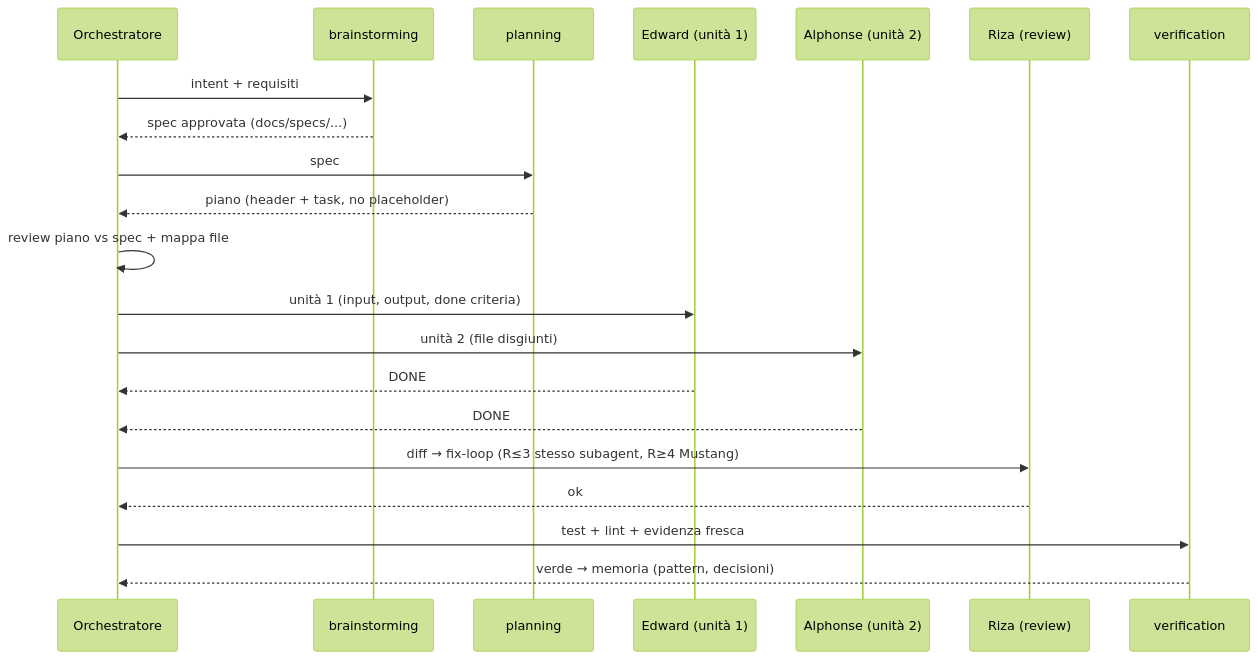
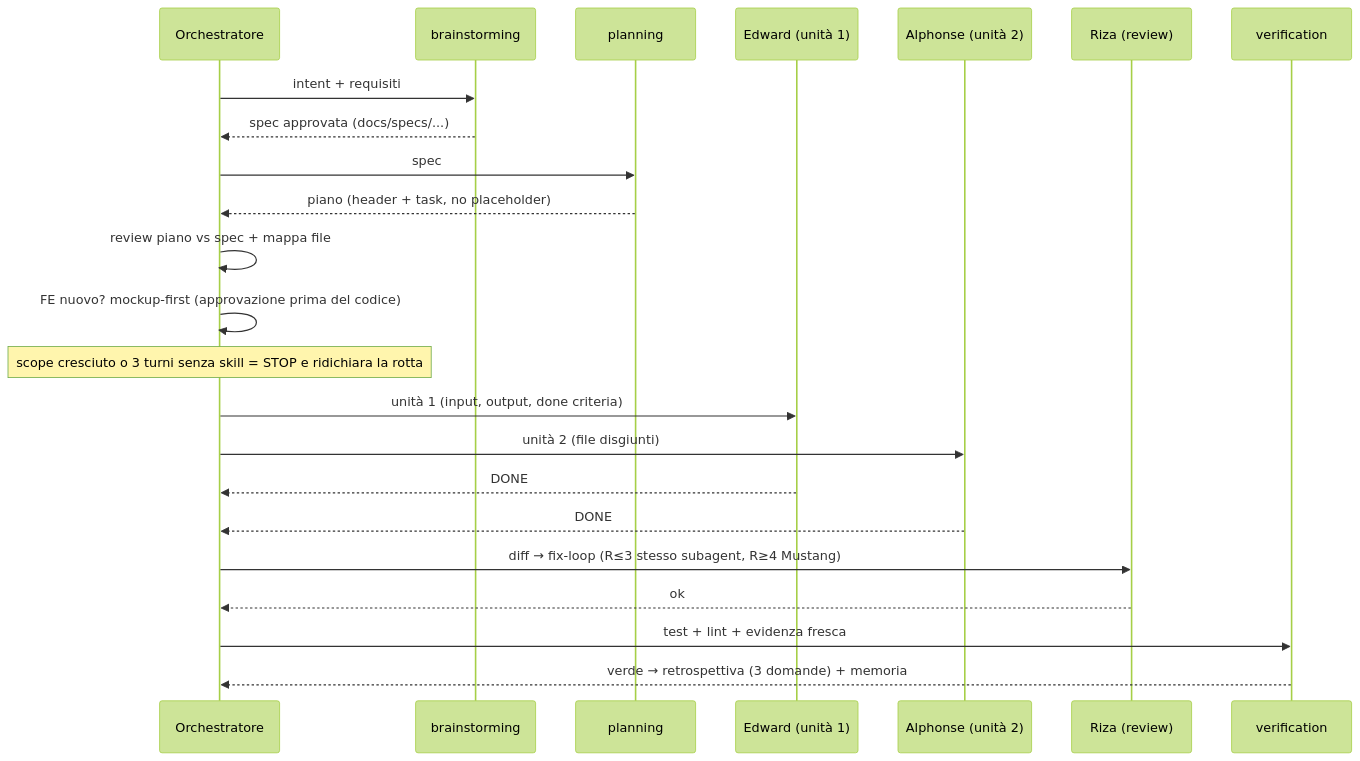
The second of 7 diagrams in README.md (Kyriga-CGX/mind-system), drawn with Mermaid (forest theme) before and after one commit. The commit also changed 1 other file, not shown here.

Commit message:
docs(schema): pipeline visibile con mockup-first, re-routing e retrospettiva
Diagramma mind-pipeline: mockup solo se FE nuovo, edge di re-routing su scope cresciuto, stage finale retrospettiva+memoria. Tabella pipeline: 16 di dominio (aggiunta mind-reverse-pipeline), 18 totali. README: sequence feature con mockup-first, nota re-routing, chiusura su retrospettiva.

````diff
--- a/README.md
+++ b/README.md
@@ -150,23 +150,25 @@
 ```mermaid
 sequenceDiagram
     participant O as Orchestratore
     participant B as brainstorming
     participant P as planning
     participant E as Edward (unità 1)
     participant A as Alphonse (unità 2)
     participant R as Riza (review)
     participant V as verification
     O->>B: intent + requisiti
     B-->>O: spec approvata (docs/specs/...)
     O->>P: spec
     P-->>O: piano (header + task, no placeholder)
     O->>O: review piano vs spec + mappa file
+    O->>O: FE nuovo? mockup-first (approvazione prima del codice)
+    Note over O: scope cresciuto o 3 turni senza skill = STOP e ridichiara la rotta
     O->>E: unità 1 (input, output, done criteria)
     O->>A: unità 2 (file disgiunti)
     E-->>O: DONE
     A-->>O: DONE
     O->>R: diff → fix-loop (R≤3 stesso subagent, R≥4 Mustang)
     R-->>O: ok
     O->>V: test + lint + evidenza fresca
-    V-->>O: verde → memoria (pattern, decisioni)
+    V-->>O: verde → retrospettiva (3 domande) + memoria
 ```
````
